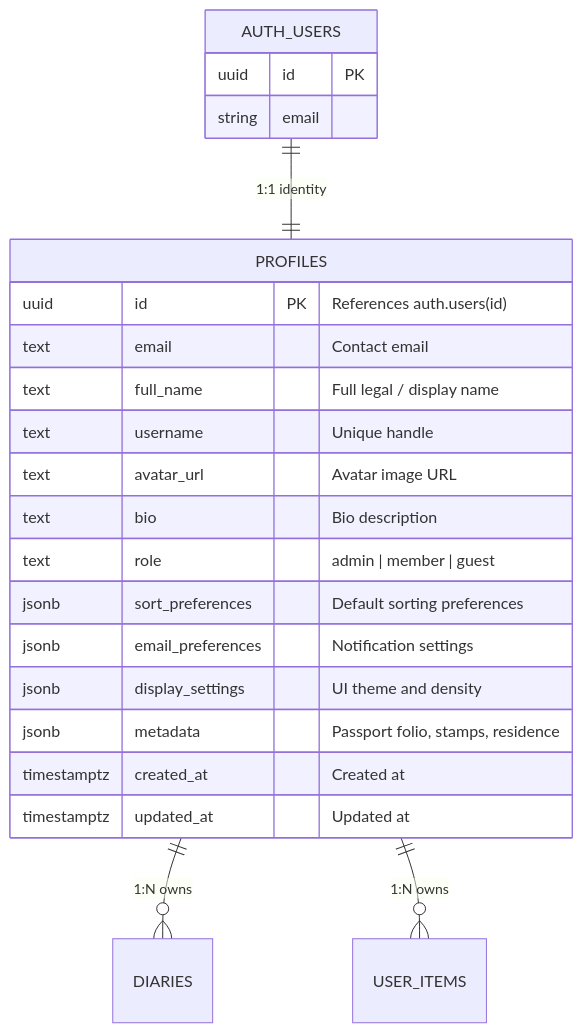
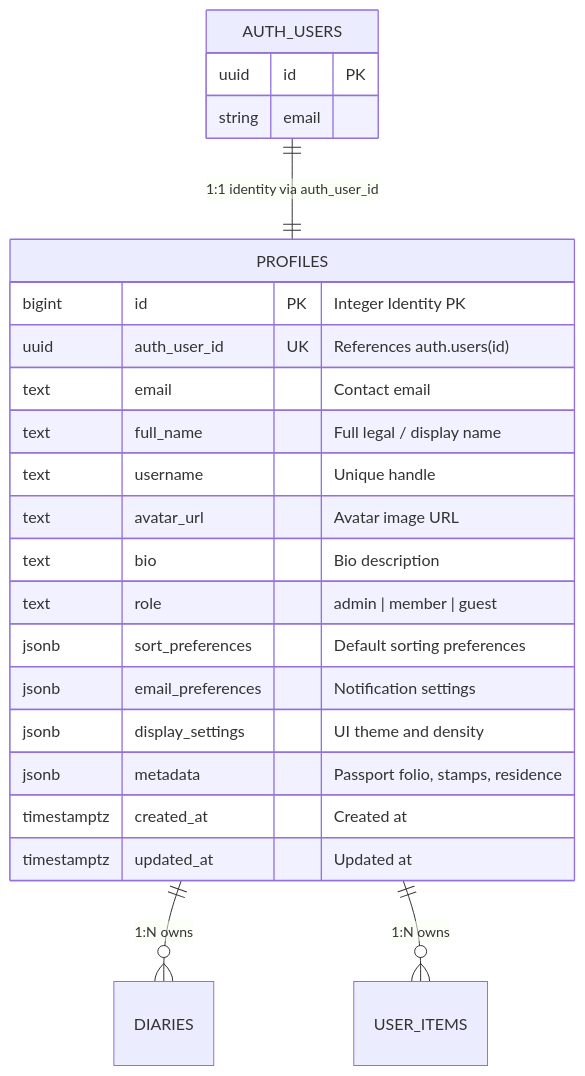
One commit to marceldavidbaroi/The-Commons changed the diagram in docs/features/citizen-passport/02-data-model.md. Above: the diagram before and after it, drawn with Mermaid. The commit also changed other lines of this file and 46 other files, not shown here.

````diff
--- a/docs/features/citizen-passport/02-data-model.md
+++ b/docs/features/citizen-passport/02-data-model.md
@@ -10,28 +11,28 @@
 ```mermaid
 erDiagram
-    AUTH_USERS ||--|| PROFILES : "1:1 identity"
+    AUTH_USERS ||--|| PROFILES : "1:1 identity via auth_user_id"
     PROFILES ||--o{ DIARIES : "1:N owns"
     PROFILES ||--o{ USER_ITEMS : "1:N owns"
 
     AUTH_USERS {
         uuid id PK
         string email
     }
 
     PROFILES {
-        uuid id PK "References auth.users(id)"
+        bigint id PK "Integer Identity PK"
+        uuid auth_user_id UK "References auth.users(id)"
         text email "Contact email"
-
         text full_name "Full legal / display name"
         text username "Unique handle"
         text avatar_url "Avatar image URL"
         text bio "Bio description"
         text role "admin | member | guest"
         jsonb sort_preferences "Default sorting preferences"
         jsonb email_preferences "Notification settings"
         jsonb display_settings "UI theme and density"
         jsonb metadata "Passport folio, stamps, residence"
         timestamptz created_at "Created at"
         timestamptz updated_at "Updated at"
     }
 ```
````
